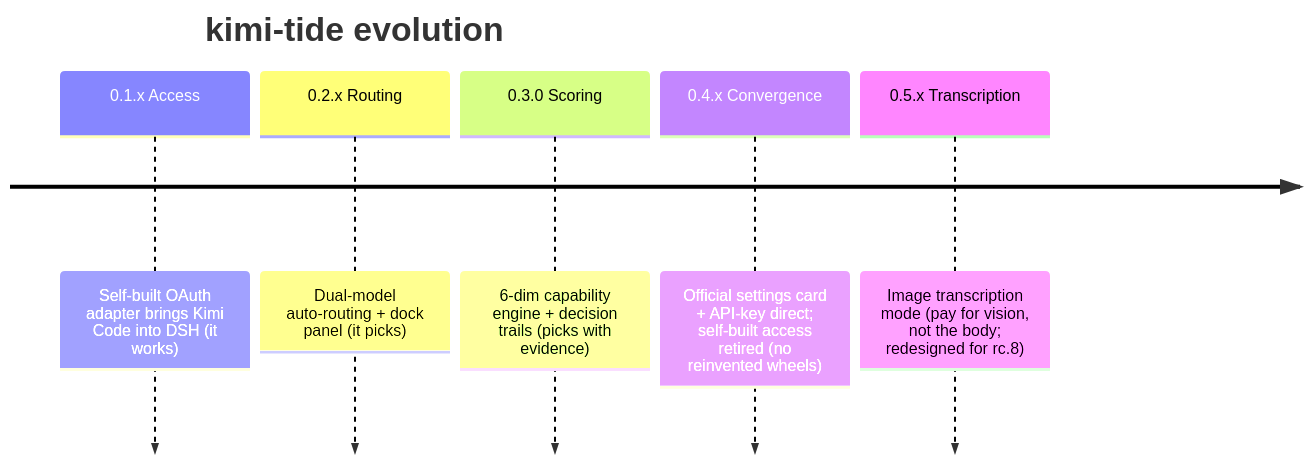
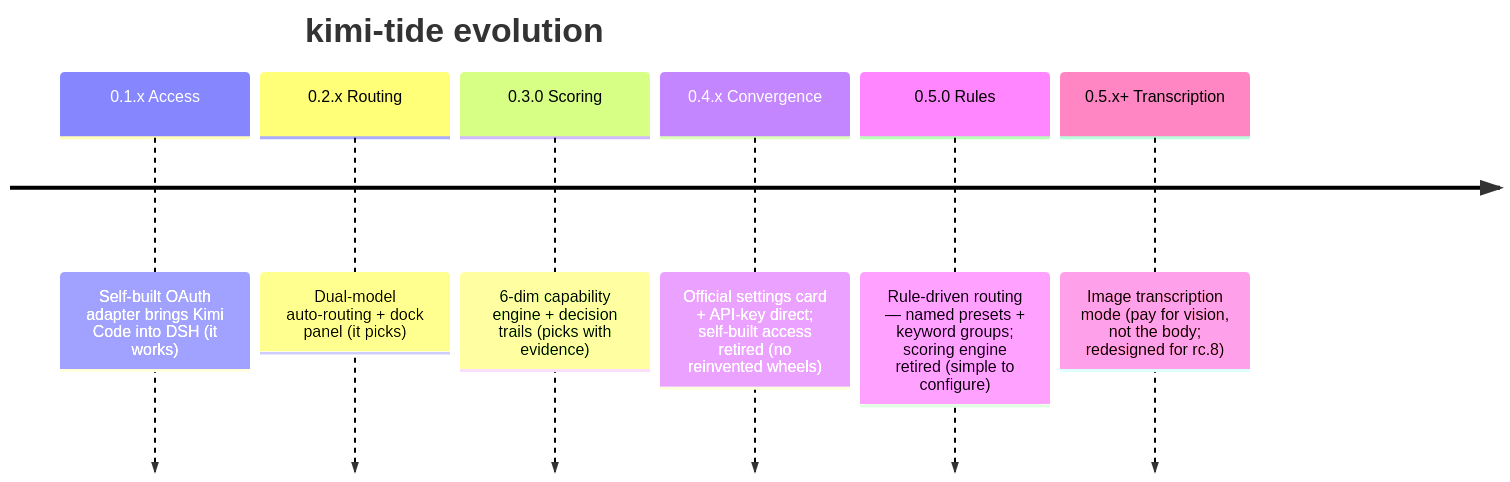
One commit to tafcear/kimi-tide changed the third of 4 diagrams in README.md. Above: the diagram before and after it, drawn with Mermaid. The commit also changed other lines of this file and 7 other files, not shown here.

Commit message:
docs+release: 0.5.0 规则驱动路由——router.md 重写（弃版本号文件名）、README/路线图/定位同步、package 0.5.0

````diff
--- a/README.md
+++ b/README.md
@@ -358,9 +348,10 @@
 ```mermaid
 timeline
     title kimi-tide evolution
     0.1.x Access : Self-built OAuth adapter brings Kimi Code into DSH (it works)
     0.2.x Routing : Dual-model auto-routing + dock panel (it picks)
     0.3.0 Scoring : 6-dim capability engine + decision trails (picks with evidence)
     0.4.x Convergence : Official settings card + API-key direct; self-built access retired (no reinvented wheels)
-    0.5.x Transcription : Image transcription mode (pay for vision, not the body; redesigned for rc.8)
+    0.5.0 Rules : Rule-driven routing — named presets + keyword groups; scoring engine retired (simple to configure)
+    0.5.x+ Transcription : Image transcription mode (pay for vision, not the body; redesigned for rc.8)
 ```
````
